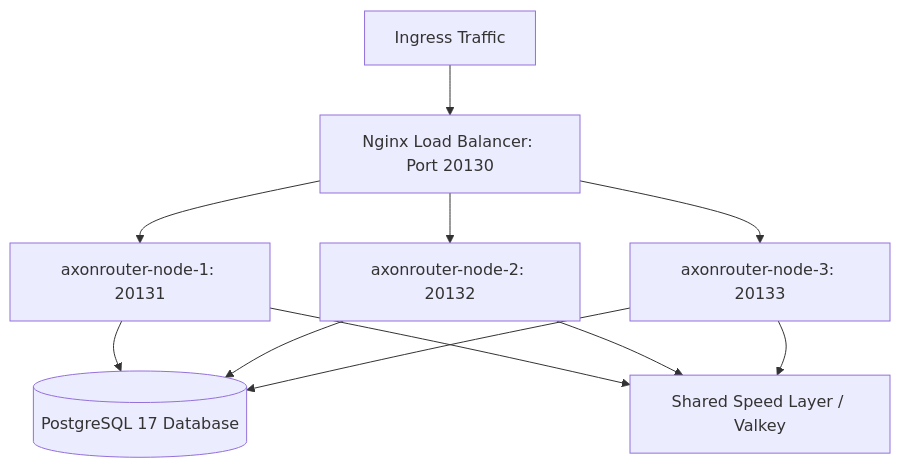
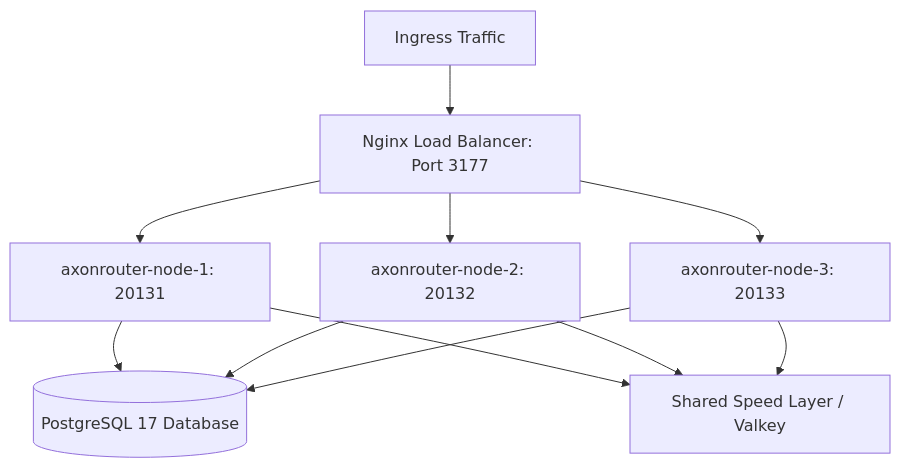
Before and after one commit to RMz17X/AxonRouter-Go: the diagram in docs/DEPLOY.md, drawn with Mermaid. The commit also changed other lines of this file and 36 other files, not shown here.

````diff
--- a/docs/DEPLOY.md
+++ b/docs/DEPLOY.md
@@ -61,15 +61,15 @@
 ```mermaid
 flowchart TD
-  Client[Ingress Traffic] --> Nginx[Nginx Load Balancer: Port 20130]
+  Client[Ingress Traffic] --> Nginx[Nginx Load Balancer: Port 3177]
   Nginx --> Node1[axonrouter-node-1: 20131]
   Nginx --> Node2[axonrouter-node-2: 20132]
   Nginx --> Node3[axonrouter-node-3: 20133]
 
   Node1 --> Postgres[(PostgreSQL 17 Database)]
   Node2 --> Postgres
   Node3 --> Postgres
 
   Node1 --> Speed[Shared Speed Layer / Valkey]
   Node2 --> Speed
   Node3 --> Speed
 ```
````
